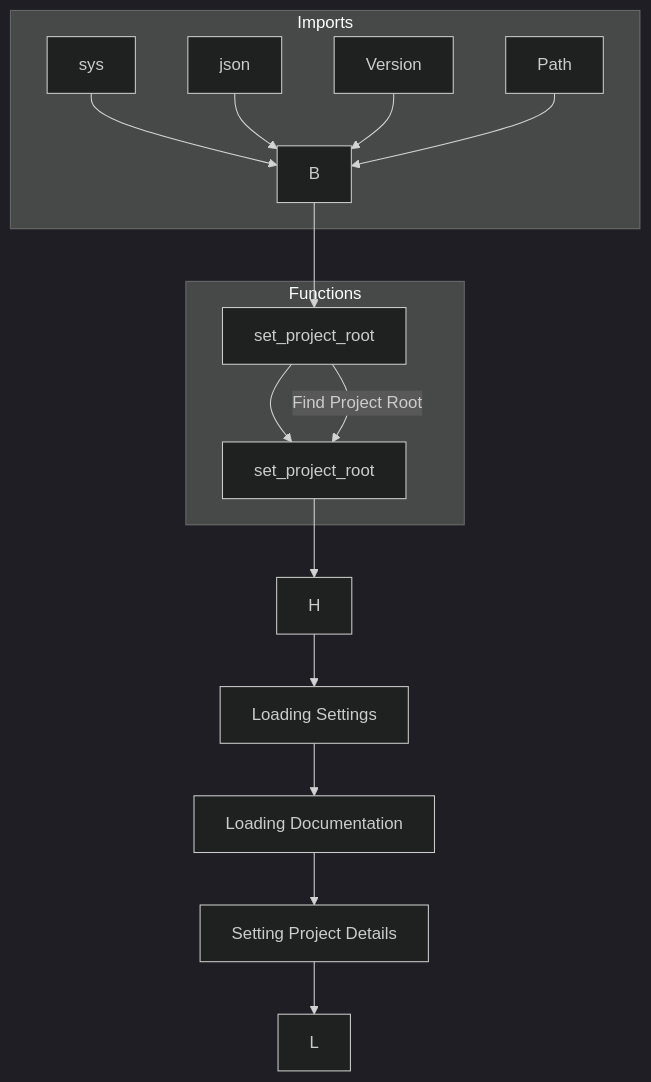
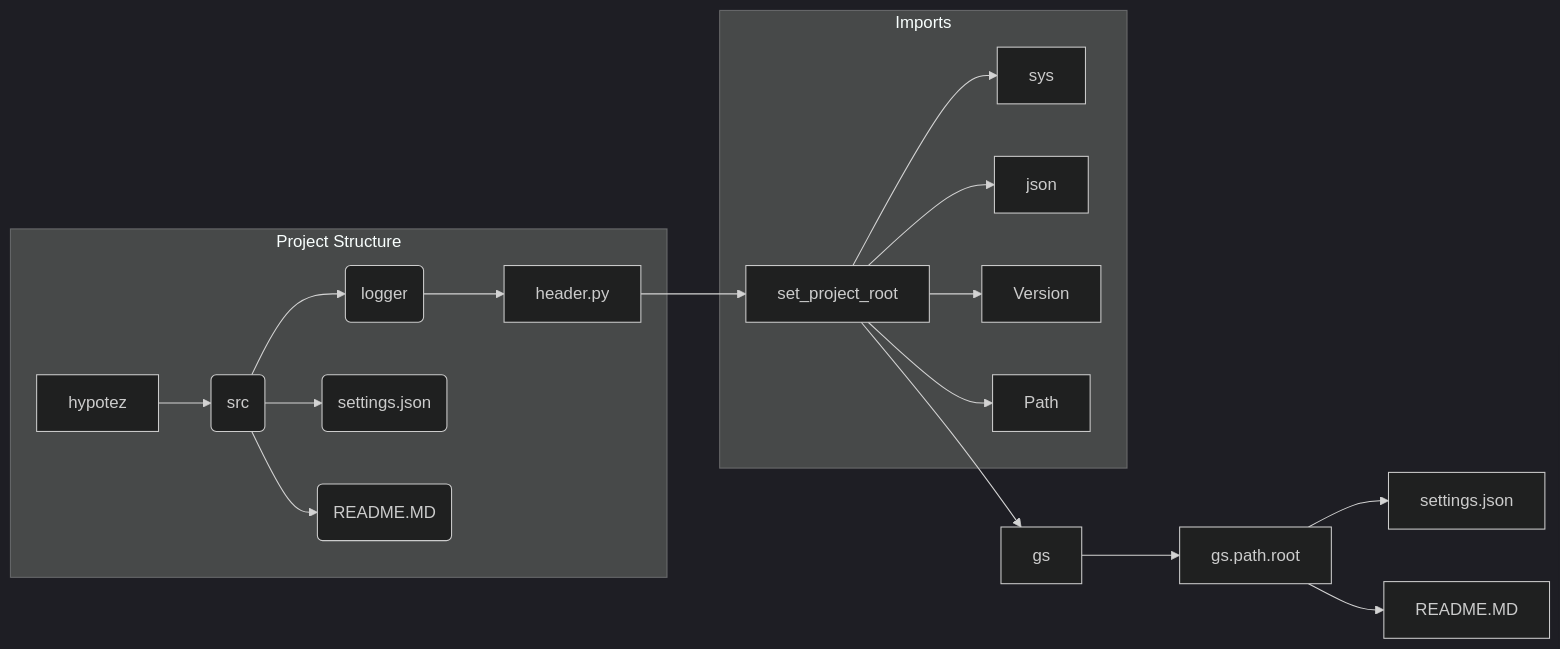
The second of 2 diagrams in docs/gemini/en/explainer/src/logger/header.md (hypo69/hypo), drawn with Mermaid (dark theme) before and after one commit. The commit also changed other lines of this file and 4689 other files, not shown here.

````diff
--- a/docs/gemini/en/explainer/src/logger/header.md
+++ b/docs/gemini/en/explainer/src/logger/header.md
@@ -111,19 +120,21 @@
 ```mermaid
-graph TD
+graph LR
+    subgraph Project Structure
+        A[hypotez] --> B(src);
+        B --> C(logger);
+        C --> D[header.py];
+        B --> E(settings.json);
+        B --> F(README.MD);
+    end
+    D --> G[set_project_root];
+    G --> H[gs];
+    H --> I[gs.path.root];
+    I --> J[settings.json];
+    I --> K[README.MD];
     subgraph Imports
-        A[sys] --> B;
-        C[json] --> B;
-        D[Version] --> B;
-        E[Path] --> B;
+        G --> L[sys];
+        G --> M[json];
+        G --> N[Version];
+        G --> O[Path];
     end
-    B --> F[set_project_root];
-    F --> G[gs];
-    G --> H;
-    subgraph Functions
-        F --Find Project Root--> G[set_project_root];
-    end
-    H --> I[Loading Settings]
-    I --> J[Loading Documentation]
-    J --> K[Setting Project Details]
-    K --> L;
 ```
````
